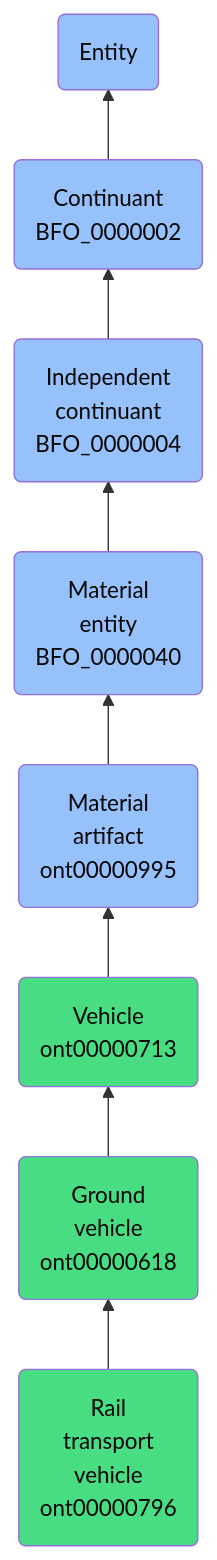
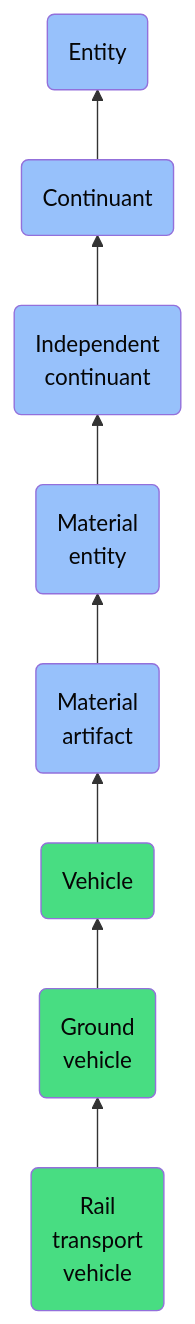
The diagram in docs/ontology/reference/model/Entity/Continuant/Independent continuant/Material entity/Material artifact/Vehicle/Ground vehicle/Rail transport vehicle/Rail transport vehicle.md (jupyter-naas/abi), drawn with Mermaid before and after one commit. The commit also changed other lines of this file and 1430 other files, not shown here.

````diff
--- a/docs/ontology/reference/model/Entity/Continuant/Independent continuant/Material entity/Material artifact/Vehicle/Ground vehicle/Rail transport vehicle/Rail transport vehicle.md
+++ b/docs/ontology/reference/model/Entity/Continuant/Independent continuant/Material entity/Material artifact/Vehicle/Ground vehicle/Rail transport vehicle/Rail transport vehicle.md
@@ -24,15 +24,15 @@
 ```mermaid
 graph BT
-    ont00000796(Rail<br>transport<br>vehicle<br>ont00000796):::ABI-->ont00000618
-    ont00000618(Ground<br>vehicle<br>ont00000618):::ABI-->ont00000713
-    ont00000713(Vehicle<br>ont00000713):::ABI-->ont00000995
-    ont00000995(Material<br>artifact<br>ont00000995):::BFO-->BFO_0000040
-    BFO_0000040(Material<br>entity<br>BFO_0000040):::BFO-->BFO_0000004
-    BFO_0000004(Independent<br>continuant<br>BFO_0000004):::BFO-->BFO_0000002
-    BFO_0000002(Continuant<br>BFO_0000002):::BFO-->BFO_0000001
+    ont00000796(Rail<br>transport<br>vehicle):::ABI-->ont00000618
+    ont00000618(Ground<br>vehicle):::ABI-->ont00000713
+    ont00000713(Vehicle):::ABI-->ont00000995
+    ont00000995(Material<br>artifact):::BFO-->BFO_0000040
+    BFO_0000040(Material<br>entity):::BFO-->BFO_0000004
+    BFO_0000004(Independent<br>continuant):::BFO-->BFO_0000002
+    BFO_0000002(Continuant):::BFO-->BFO_0000001
     BFO_0000001(Entity):::BFO
     
     classDef BFO fill:#97c1fb,color:#060606
     classDef CCO fill:#e4c51e,color:#060606
     classDef ABI fill:#48DD82,color:#060606
 ```
````
